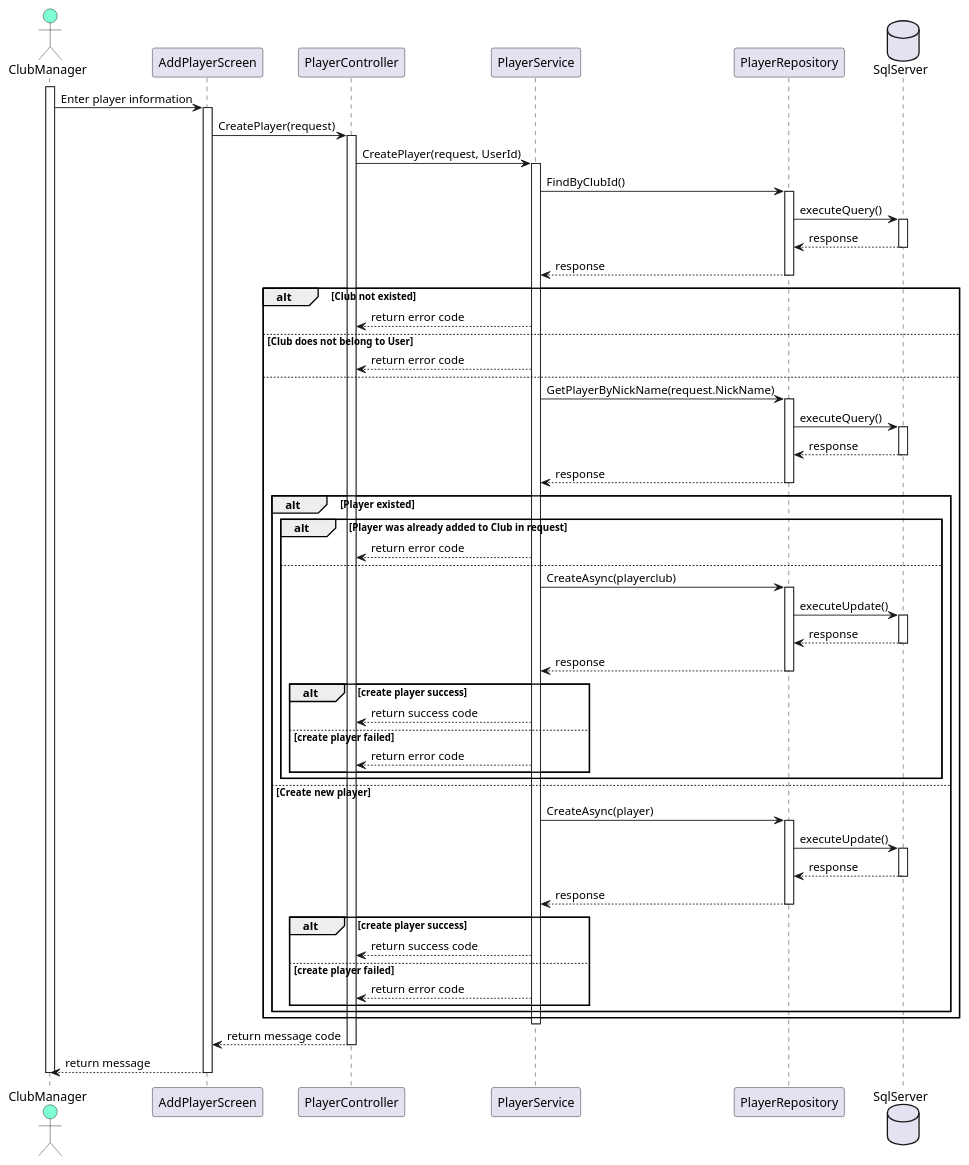
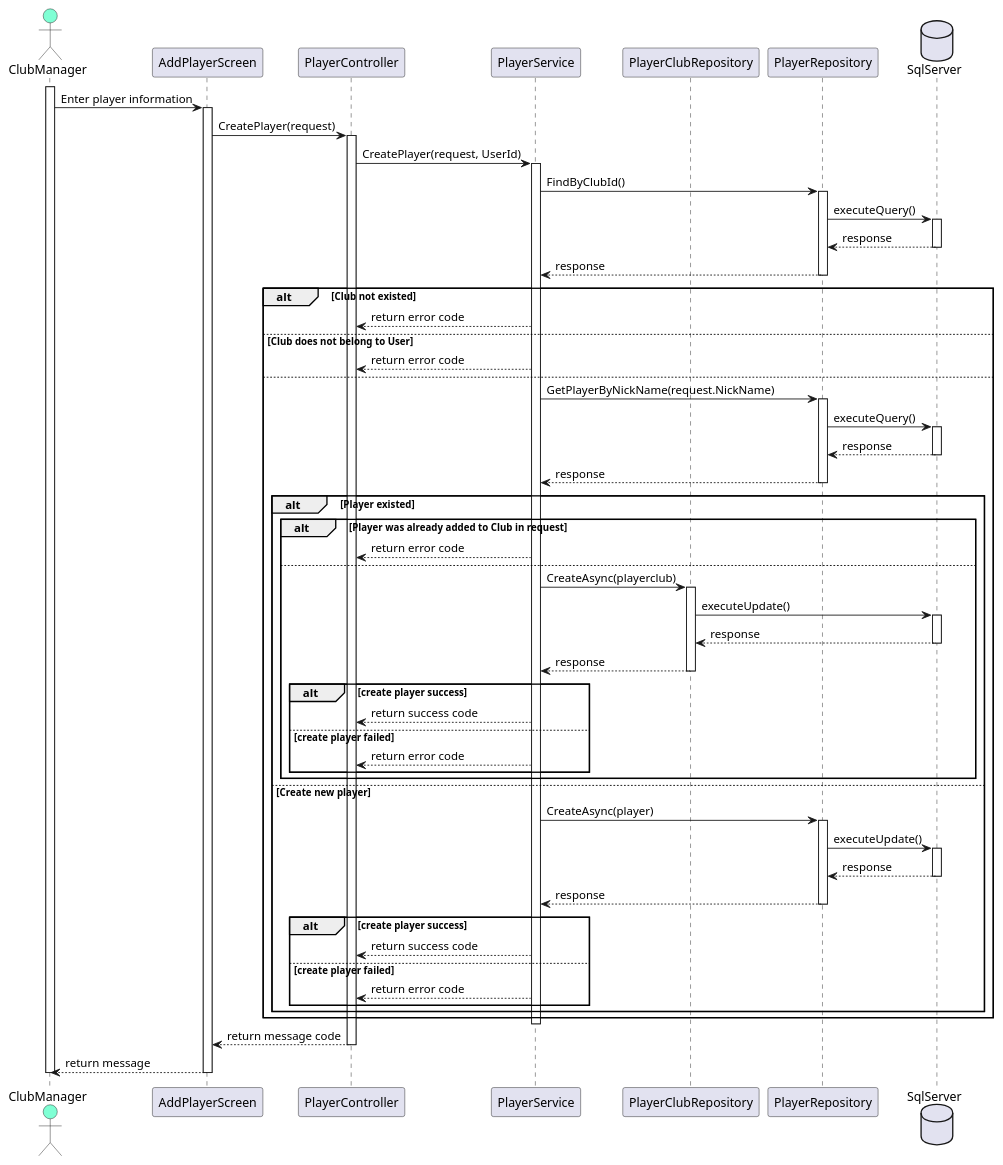
One commit to envydiace/FLMS_Diagram changed the diagram in Feature_for_club_manager/Club_management/Sequence_diagram/uc16_AddPlayer.puml. Above: the diagram before and after it, drawn with PlantUML.

Commit message:
update sequence

```diff
--- a/Feature_for_club_manager/Club_management/Sequence_diagram/uc16_AddPlayer.puml
+++ b/Feature_for_club_manager/Club_management/Sequence_diagram/uc16_AddPlayer.puml
@@ -1,77 +1,78 @@
 @startuml Add Player
 actor ClubManager #AquaMarine
 participant AddPlayerScreen
 participant PlayerController
 participant PlayerService
+participant PlayerClubRepository
 participant PlayerRepository
 database SqlServer
 
 activate ClubManager
     ClubManager -> AddPlayerScreen: Enter player information
     activate AddPlayerScreen
         AddPlayerScreen -> PlayerController: CreatePlayer(request)
         activate PlayerController
             PlayerController -> PlayerService: CreatePlayer(request, UserId)
             activate PlayerService
                 PlayerService -> PlayerRepository: FindByClubId()
                 activate PlayerRepository
                     PlayerRepository -> SqlServer: executeQuery()
                     activate SqlServer
                         SqlServer --> PlayerRepository: response
                     deactivate SqlServer
                     PlayerRepository --> PlayerService: response
                 deactivate PlayerRepository
                 alt Club not existed
                     PlayerService --> PlayerController : return error code
                 else Club does not belong to User
                     PlayerService --> PlayerController : return error code
                 else 
                     PlayerService -> PlayerRepository: GetPlayerByNickName(request.NickName)
                     activate PlayerRepository
                         PlayerRepository -> SqlServer: executeQuery()
                         activate SqlServer
                             SqlServer --> PlayerRepository: response
                         deactivate SqlServer
                     PlayerRepository --> PlayerService: response
                     deactivate PlayerRepository
                     alt Player existed
                         alt Player was already added to Club in request
                             PlayerService --> PlayerController : return error code
                         else
-                            PlayerService -> PlayerRepository: CreateAsync(playerclub)
-                            activate PlayerRepository
-                                PlayerRepository -> SqlServer: executeUpdate()
+                            PlayerService -> PlayerClubRepository: CreateAsync(playerclub)
+                            activate PlayerClubRepository
+                                PlayerClubRepository -> SqlServer: executeUpdate()
                                 activate SqlServer
-                                    SqlServer --> PlayerRepository: response
+                                    SqlServer --> PlayerClubRepository: response
                                 deactivate SqlServer
-                            PlayerRepository --> PlayerService: response
-                            deactivate PlayerRepository
+                            PlayerClubRepository --> PlayerService: response
+                            deactivate PlayerClubRepository
                             alt create player success
                                 PlayerService --> PlayerController : return success code
                             else create player failed
                                 PlayerService --> PlayerController : return error code
                             end
                         end
                     else Create new player
                         PlayerService -> PlayerRepository: CreateAsync(player)
                         activate PlayerRepository
                             PlayerRepository -> SqlServer: executeUpdate()
                             activate SqlServer
                                 SqlServer --> PlayerRepository: response
                             deactivate SqlServer
                         PlayerRepository --> PlayerService: response
                         deactivate PlayerRepository
                         alt create player success
                             PlayerService --> PlayerController : return success code
                         else create player failed
                             PlayerService --> PlayerController : return error code
                         end
                     end
                 end
             deactivate PlayerService
             PlayerController --> AddPlayerScreen: return message code
         deactivate PlayerController
         AddPlayerScreen --> ClubManager: return message
     deactivate AddPlayerScreen
 deactivate ClubManager
 @enduml
```
